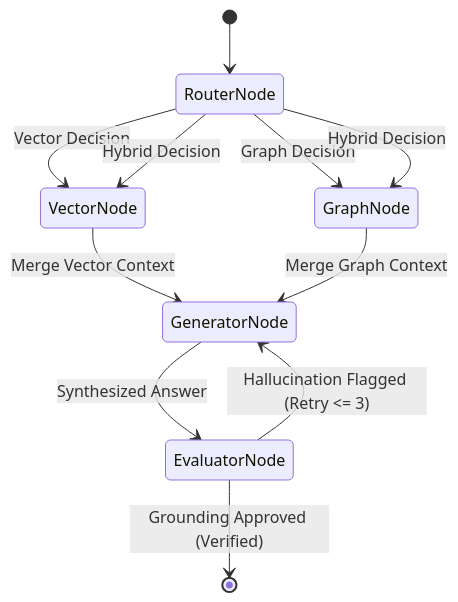
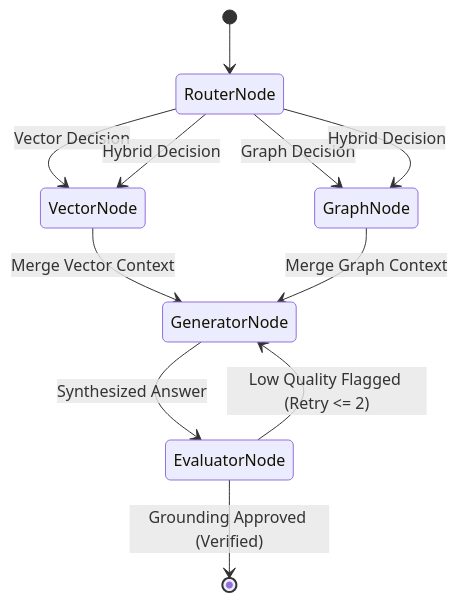
Before and after one commit to rajadaud-code/graphrag-enterprise-engine: the second of 2 diagrams in README.md, drawn with Mermaid. The commit also changed other lines of this file and 4 other files, not shown here.

````diff
--- a/README.md
+++ b/README.md
@@ -86,15 +88,15 @@
 ```mermaid
 stateDiagram-v2
     [*] --> RouterNode
     RouterNode --> VectorNode: Vector Decision
     RouterNode --> GraphNode: Graph Decision
     RouterNode --> VectorNode: Hybrid Decision
     RouterNode --> GraphNode: Hybrid Decision
 
     VectorNode --> GeneratorNode: Merge Vector Context
     GraphNode --> GeneratorNode: Merge Graph Context
 
     GeneratorNode --> EvaluatorNode: Synthesized Answer
     EvaluatorNode --> [*]: Grounding Approved (Verified)
-    EvaluatorNode --> GeneratorNode: Hallucination Flagged (Retry <= 3)
+    EvaluatorNode --> GeneratorNode: Low Quality Flagged (Retry <= 2)
 ```
````
